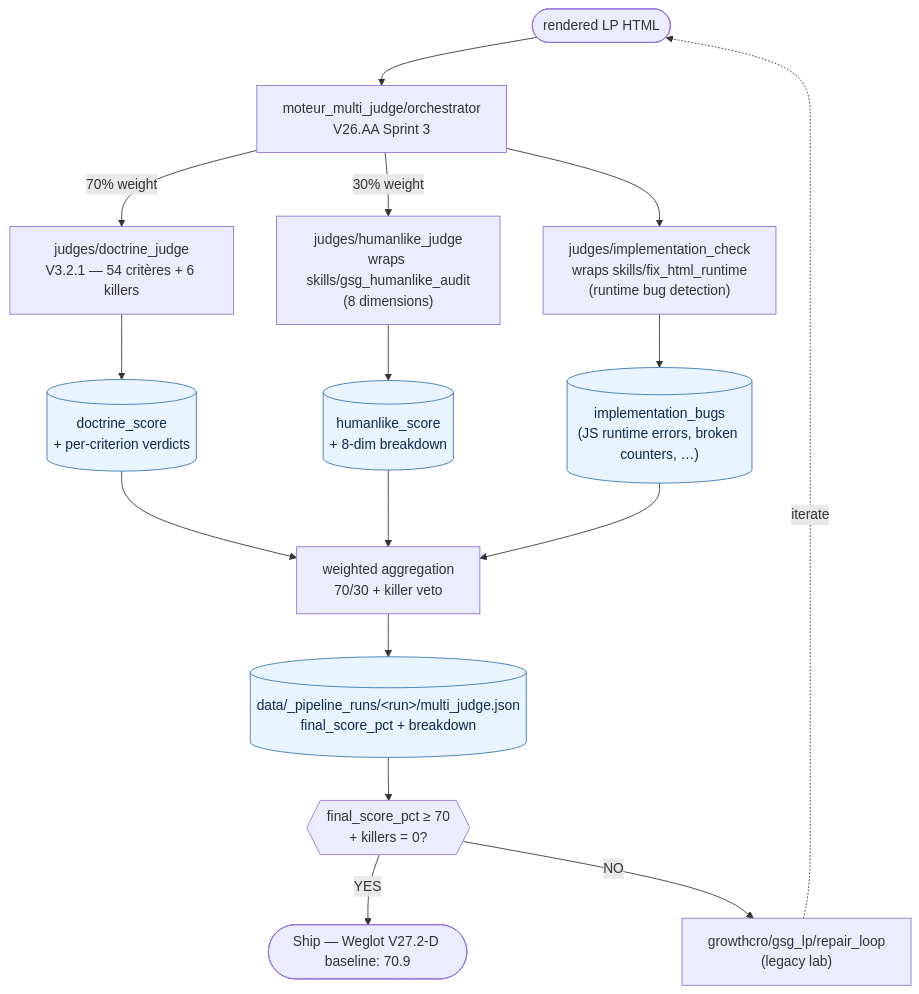
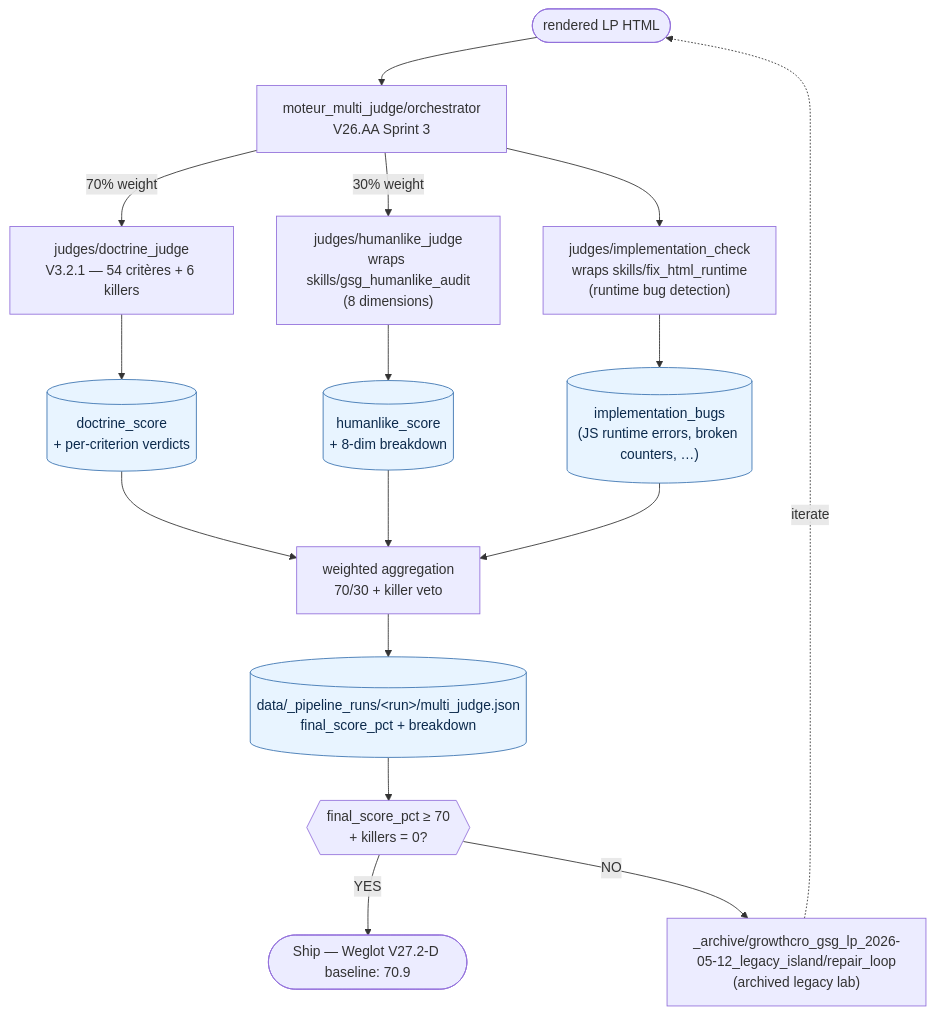
One commit to GrowthSociety-GS/growth-cro changed the fourth of 6 diagrams in .claude/docs/state/WEBAPP_ARCHITECTURE_MAP.md. Above: the diagram before and after it, drawn with Mermaid. The commit also changed other lines of this file and 5 other files, not shown here.

First line of the commit message:
Issue #37: regen architecture map + capabilities post gsg_lp archive

````diff
--- a/.claude/docs/state/WEBAPP_ARCHITECTURE_MAP.md
+++ b/.claude/docs/state/WEBAPP_ARCHITECTURE_MAP.md
@@ -249,23 +249,23 @@
 ```mermaid
 flowchart TD
     LP([rendered LP HTML]) --> Orch["moteur_multi_judge/orchestrator<br/>V26.AA Sprint 3"]
     Orch -->|70% weight| Doctrine["judges/doctrine_judge<br/>V3.2.1 — 54 critères + 6 killers"]
     Orch -->|30% weight| Humanlike["judges/humanlike_judge<br/>wraps skills/gsg_humanlike_audit<br/>(8 dimensions)"]
     Orch --> ImplCheck["judges/implementation_check<br/>wraps skills/fix_html_runtime<br/>(runtime bug detection)"]
 
     Doctrine --> DScore[("doctrine_score<br/>+ per-criterion verdicts")]
     Humanlike --> HScore[("humanlike_score<br/>+ 8-dim breakdown")]
     ImplCheck --> Bugs[("implementation_bugs<br/>(JS runtime errors, broken counters, …)")]
 
     DScore --> Aggregator["weighted aggregation<br/>70/30 + killer veto"]
     HScore --> Aggregator
     Bugs --> Aggregator
     Aggregator --> FinalReport[("data/_pipeline_runs/&lt;run&gt;/multi_judge.json<br/>final_score_pct + breakdown")]
     FinalReport --> Decision{{"final_score_pct ≥ 70<br/>+ killers = 0?"}}
     Decision -->|YES| Ship([Ship — Weglot V27.2-D baseline: 70.9])
-    Decision -->|NO| Repair["growthcro/gsg_lp/repair_loop<br/>(legacy lab)"]
+    Decision -->|NO| Repair["_archive/growthcro_gsg_lp_2026-05-12_legacy_island/repair_loop<br/>(archived legacy lab)"]
     Repair -.iterate.-> LP
 
     classDef artefact fill:#e8f4ff,stroke:#3a73b0,color:#0c2a4c;
     class DScore,HScore,Bugs,FinalReport artefact;
 ```
````
